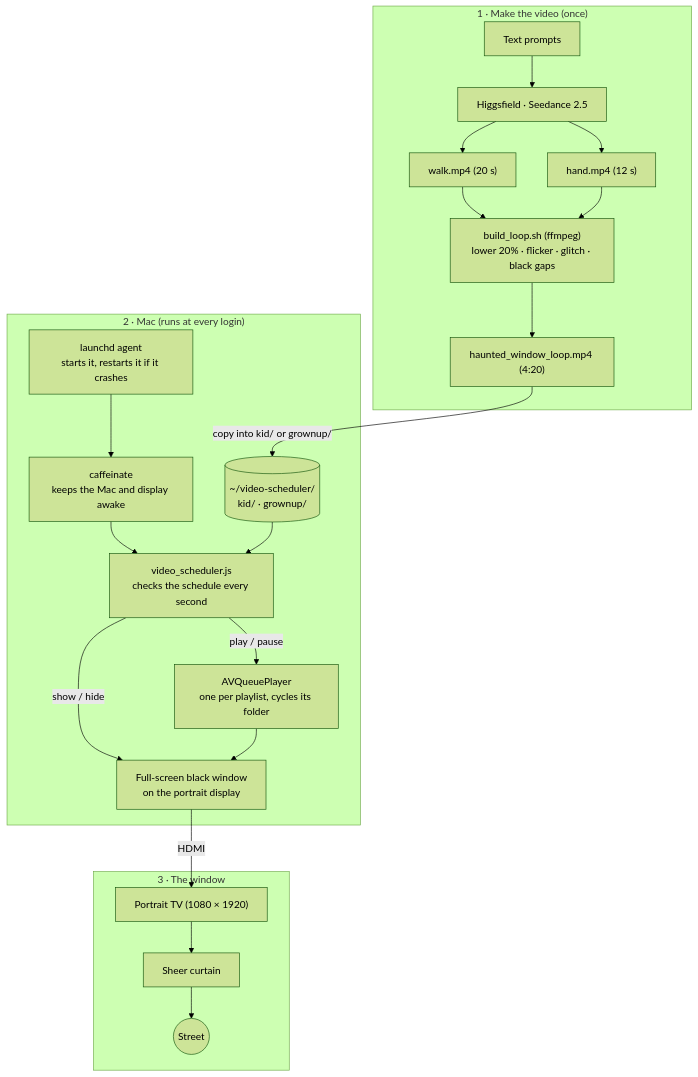
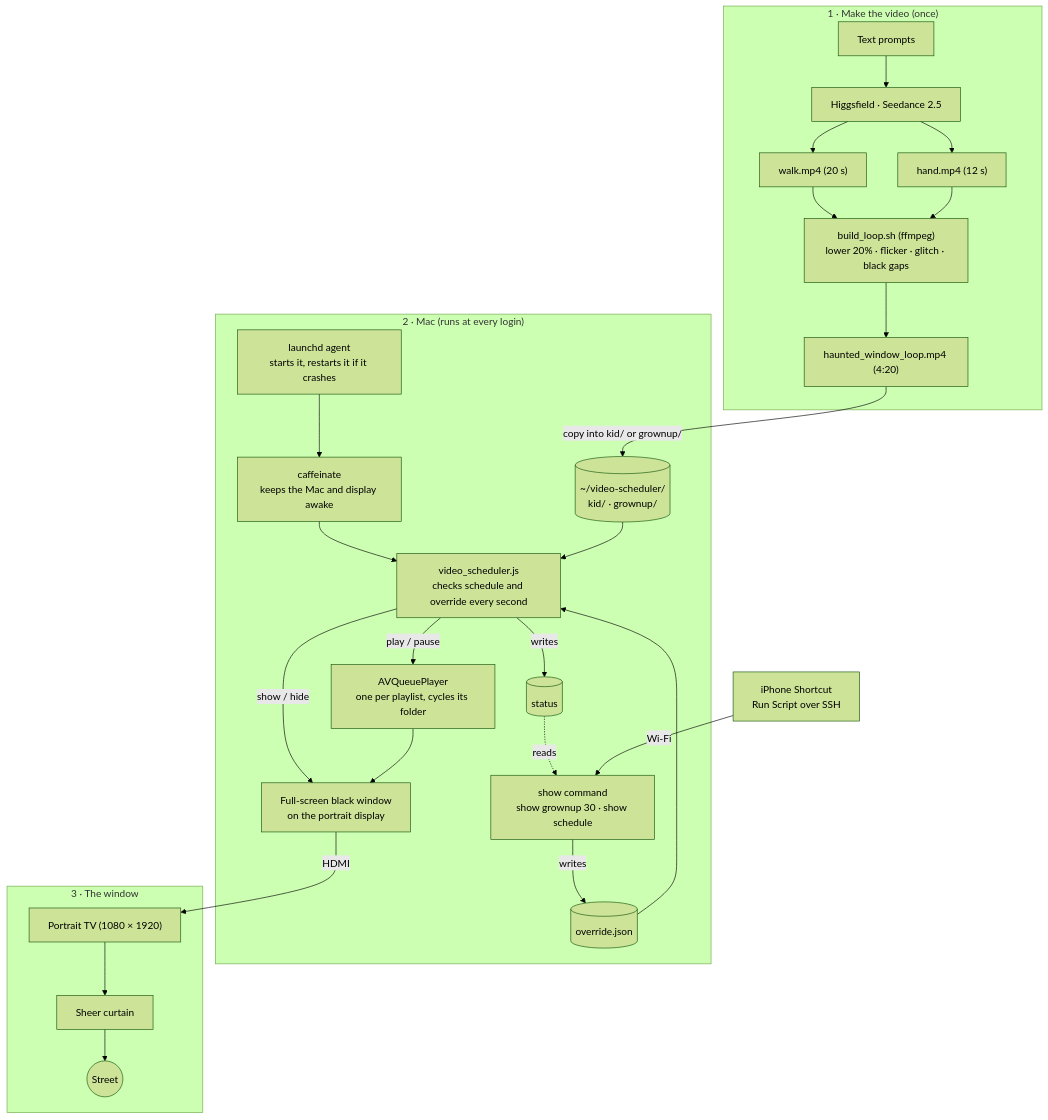
Before and after one commit to ndipatri/HalloweenWindowDisplay: the diagram in README.md, drawn with Mermaid (forest theme). The commit also changed other lines of this file and 3 other files, not shown here.

First line of the commit message:
Add `show` command to override the schedule

````diff
--- a/README.md
+++ b/README.md
@@ -39,27 +40,33 @@
 ```mermaid
 flowchart TB
   subgraph make["1 · Make the video (once)"]
     prompts["Text prompts"] --> hf["Higgsfield · Seedance 2.5"]
     hf --> walk["walk.mp4 (20 s)"]
     hf --> hand["hand.mp4 (12 s)"]
     walk --> build["build_loop.sh (ffmpeg)<br/>lower 20% · flicker · glitch · black gaps"]
     hand --> build
     build --> video["haunted_window_loop.mp4 (4:20)"]
   end
 
   subgraph mac["2 · Mac (runs at every login)"]
     launchd["launchd agent<br/>starts it, restarts it if it crashes"] --> caff["caffeinate<br/>keeps the Mac and display awake"]
-    caff --> sched["video_scheduler.js<br/>checks the schedule every second"]
+    caff --> sched["video_scheduler.js<br/>checks schedule and override every second"]
     folders[("~/video-scheduler/<br/>kid/ · grownup/")] --> sched
+    show["show command<br/>show grownup 30 · show schedule"] -- "writes" --> override[("override.json")]
+    override --> sched
+    sched -- "writes" --> status[("status")]
+    status -. "reads" .-> show
     sched -- "play / pause" --> queue["AVQueuePlayer<br/>one per playlist, cycles its folder"]
     sched -- "show / hide" --> win["Full-screen black window<br/>on the portrait display"]
     queue --> win
   end
+
+  phone["iPhone Shortcut<br/>Run Script over SSH"] -- "Wi-Fi" --> show
 
   subgraph room["3 · The window"]
     tv["Portrait TV (1080 × 1920)"] --> curtain["Sheer curtain"] --> street(("Street"))
   end
 
   video -- "copy into kid/ or grownup/" --> folders
   win -- "HDMI" --> tv
 ```
````
